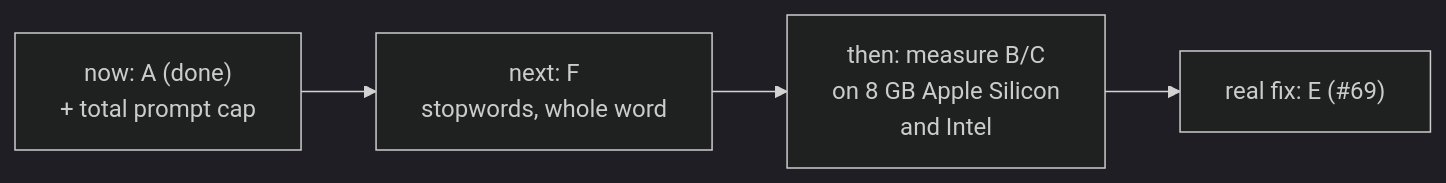
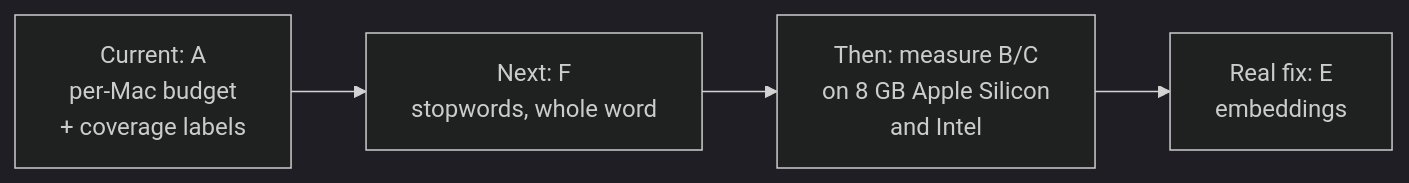
The second of 4 diagrams in docs/DESIGN-DECISIONS.md (mgwedd/aletheia), drawn with Mermaid (dark theme) before and after one commit. The commit also changed other lines of this file, not shown here.

````diff
--- a/docs/DESIGN-DECISIONS.md
+++ b/docs/DESIGN-DECISIONS.md
@@ -80,6 +75,6 @@
 ```mermaid
 flowchart LR
-  A["now: A (done)<br/>+ total prompt cap"] --> F["next: F<br/>stopwords, whole word"]
-  F --> BC["then: measure B/C<br/>on 8 GB Apple Silicon<br/>and Intel"]
-  BC --> E["real fix: E (#69)"]
+  A["Current: A<br/>per-Mac budget<br/>+ coverage labels"] --> F["Next: F<br/>stopwords, whole word"]
+  F --> BC["Then: measure B/C<br/>on 8 GB Apple Silicon<br/>and Intel"]
+  BC --> E["Real fix: E<br/>embeddings"]
 ```
````
